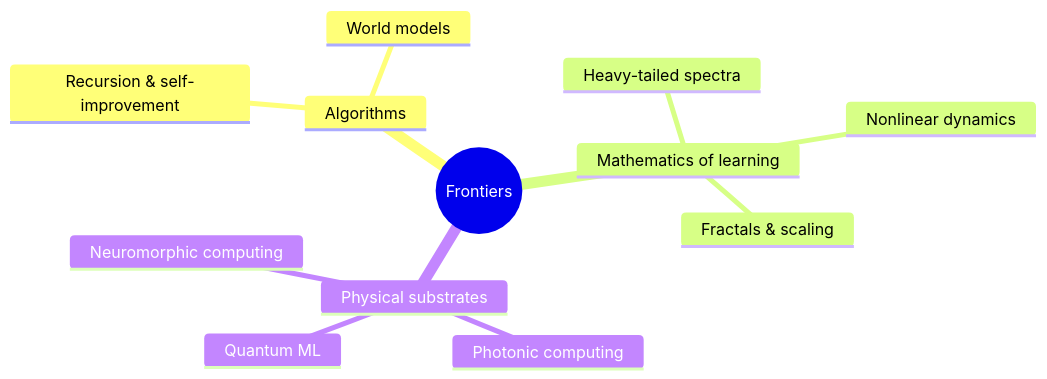
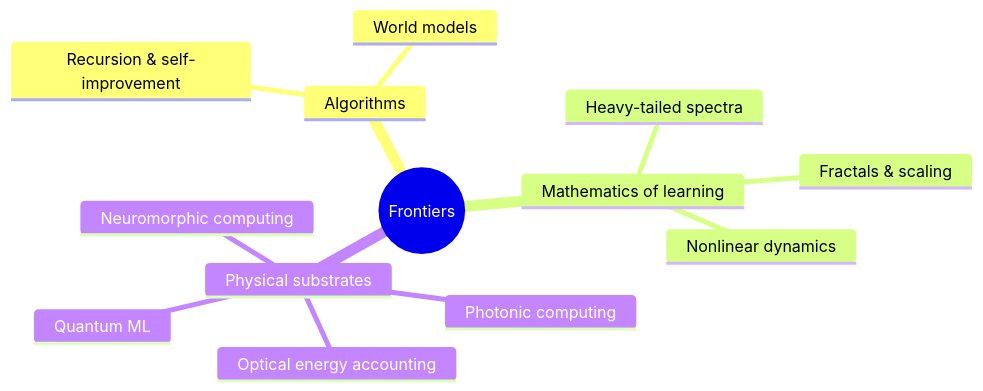
One commit to marcpoliquin5/understanding-ai changed the diagram in docs/06-frontiers/README.md. Above: the diagram before and after it, drawn with Mermaid. The commit also changed other lines of this file and 6 other files, not shown here.

````diff
--- a/docs/06-frontiers/README.md
+++ b/docs/06-frontiers/README.md
@@ -20,15 +21,16 @@
 ```mermaid
 mindmap
   root((Frontiers))
     Algorithms
       Recursion & self-improvement
       World models
     Mathematics of learning
       Fractals & scaling
       Heavy-tailed spectra
       Nonlinear dynamics
     Physical substrates
       Photonic computing
+      Optical energy accounting
       Neuromorphic computing
       Quantum ML
 ```
````
